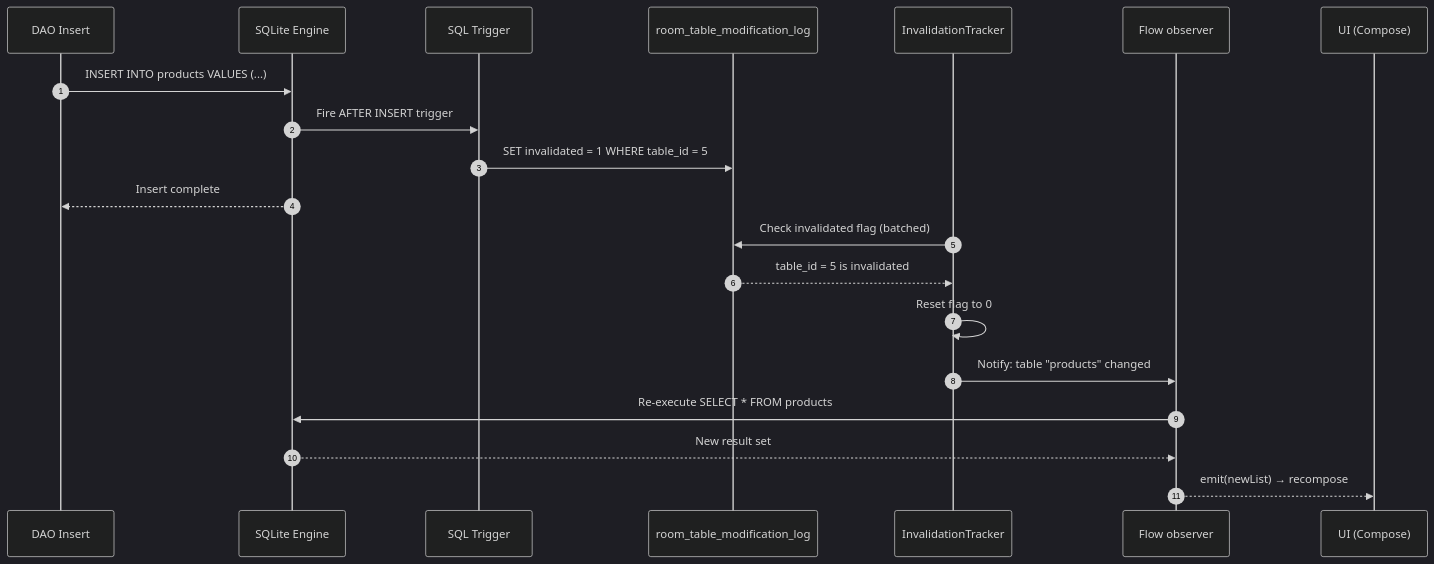
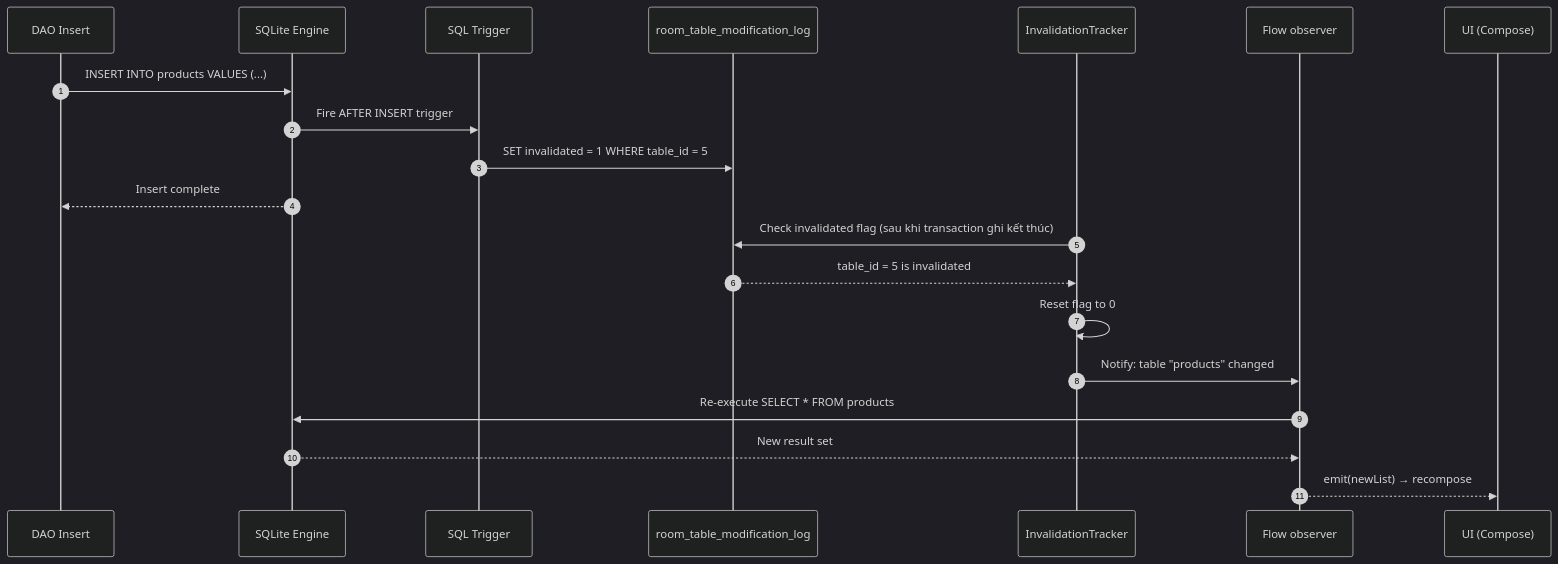
One commit to h1eu/knowledge changed the third of 5 diagrams in knowledge/android/docs/session_05/data_store/room_transactions.md. Above: the diagram before and after it, drawn with Mermaid (dark theme). The commit also changed other lines of this file and 76 other files, not shown here.

First line of the commit message:
docs(android): add Compose Overview, fix S01–S05 facts and diagrams

````diff
--- a/knowledge/android/docs/session_05/data_store/room_transactions.md
+++ b/knowledge/android/docs/session_05/data_store/room_transactions.md
@@ -299,23 +318,23 @@
 ```mermaid
 sequenceDiagram
     autonumber
     participant DAO as DAO Insert
     participant SQLite as SQLite Engine
     participant Trigger as SQL Trigger
     participant Log as room_table_modification_log
     participant IT as InvalidationTracker
     participant Flow as Flow observer
     participant UI as UI (Compose)
 
     DAO->>SQLite: INSERT INTO products VALUES (...)
     SQLite->>Trigger: Fire AFTER INSERT trigger
     Trigger->>Log: SET invalidated = 1 WHERE table_id = 5
     SQLite-->>DAO: Insert complete
-    IT->>Log: Check invalidated flag (batched)
+    IT->>Log: Check invalidated flag (sau khi transaction ghi kết thúc)
     Log-->>IT: table_id = 5 is invalidated
     IT->>IT: Reset flag to 0
     IT->>Flow: Notify: table "products" changed
     Flow->>SQLite: Re-execute SELECT * FROM products
     SQLite-->>Flow: New result set
     Flow-->>UI: emit(newList) → recompose
 ```
````
